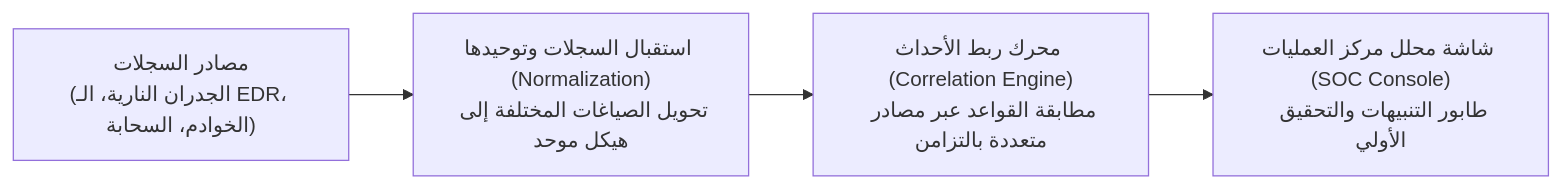
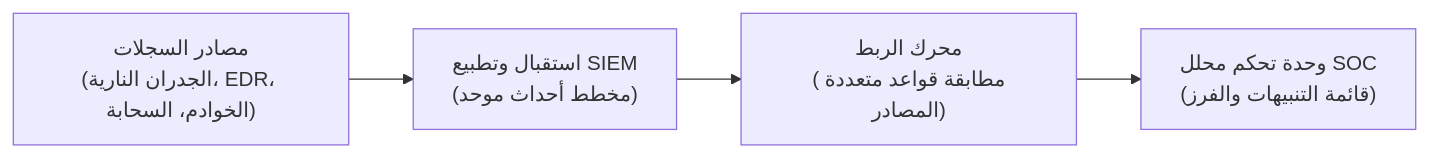
The fourth of 4 diagrams in md files/lab1_IDR_AR.md (Geeky-Pro/SOC-LAB), drawn with Mermaid before and after one commit. The commit also changed other lines of this file, not shown here.

````diff
--- a/md files/lab1_IDR_AR.md
+++ b/md files/lab1_IDR_AR.md
@@ -304,6 +311,6 @@
 ```mermaid
 flowchart LR
-    Sources["مصادر السجلات<br/>(الجدران النارية، الـ EDR، الخوادم، السحابة)"] --> Collector["استقبال السجلات وتوحيدها (Normalization)<br/>تحويل الصياغات المختلفة إلى هيكل موحد"]
-    Collector --> Engine["محرك ربط الأحداث (Correlation Engine)<br/>مطابقة القواعد عبر مصادر متعددة بالتزامن"]
-    Engine --> Dashboard["شاشة محلل مركز العمليات (SOC Console)<br/>طابور التنبيهات والتحقيق الأولي"]
+    Sources["مصادر السجلات<br/>(الجدران النارية، EDR، الخوادم، السحابة)"] --> Collector["استقبال وتطبيع SIEM<br/>(مخطط أحداث موحد)"]
+    Collector --> Engine["محرك الربط<br/>(مطابقة قواعد متعددة المصادر)"]
+    Engine --> Dashboard["وحدة تحكم محلل SOC<br/>(قائمة التنبيهات والفرز)"]
 ```
````
